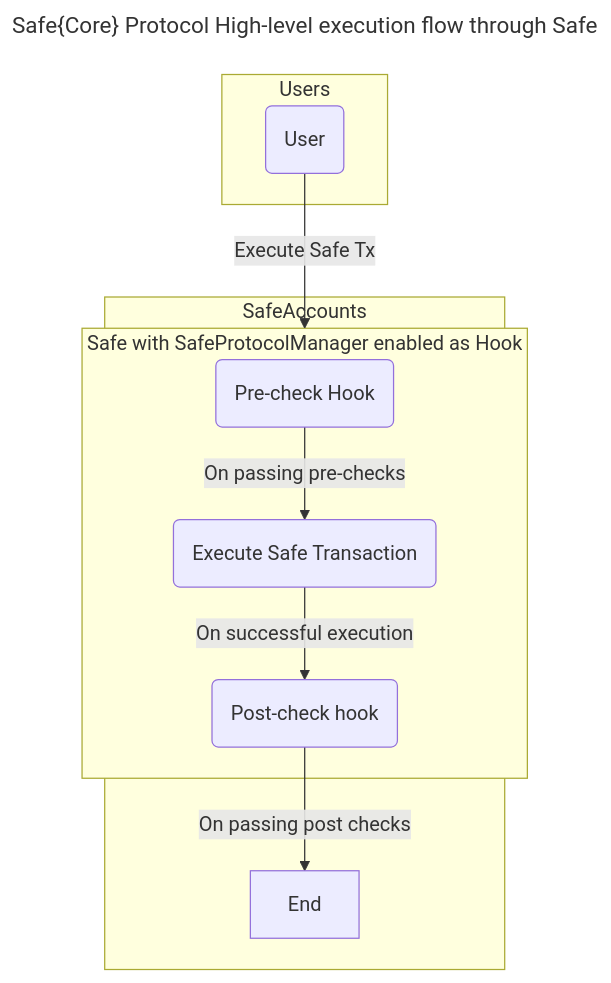
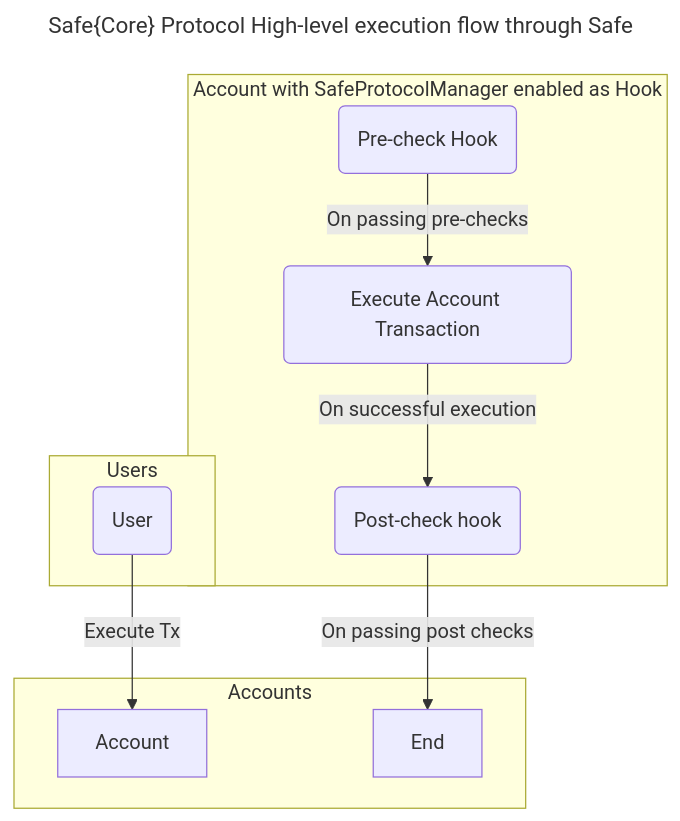
The third of 5 diagrams in docs/execution_flows.md (5afe/safe-core-protocol), drawn with Mermaid before and after one commit. The commit also changed other lines of this file and 14 other files, not shown here.

First line of the commit message:
Feat: remove references to a Safe{Core} Protocol account as Safe (#100)

````diff
--- a/docs/execution_flows.md
+++ b/docs/execution_flows.md
@@ -52,21 +52,21 @@
 ```mermaid
 ---
 title: Safe{Core} Protocol High-level execution flow through Safe
 ---
 flowchart TD;
 subgraph Users
    User(User)
 end
 
-subgraph SafeAccounts
-   User(User) -->|Execute Safe Tx| SafeAccount
+subgraph Accounts
+   User(User) -->|Execute Tx| Account
    End
 end
 
-subgraph SafeAccount [Safe with SafeProtocolManager enabled as Hook]
+subgraph SafeAccount [Account with SafeProtocolManager enabled as Hook]
    PreCheck_Hook
-   PreCheck_Hook("Pre-check Hook") -->|On passing pre-checks| ExecuteTx(Execute Safe Transaction)
+   PreCheck_Hook("Pre-check Hook") -->|On passing pre-checks| ExecuteTx(Execute Account Transaction)
    ExecuteTx -->|On successful execution| PostCheckHook(Post-check hook)
    PostCheckHook -->|On passing post checks| End
 end
 ```
````
